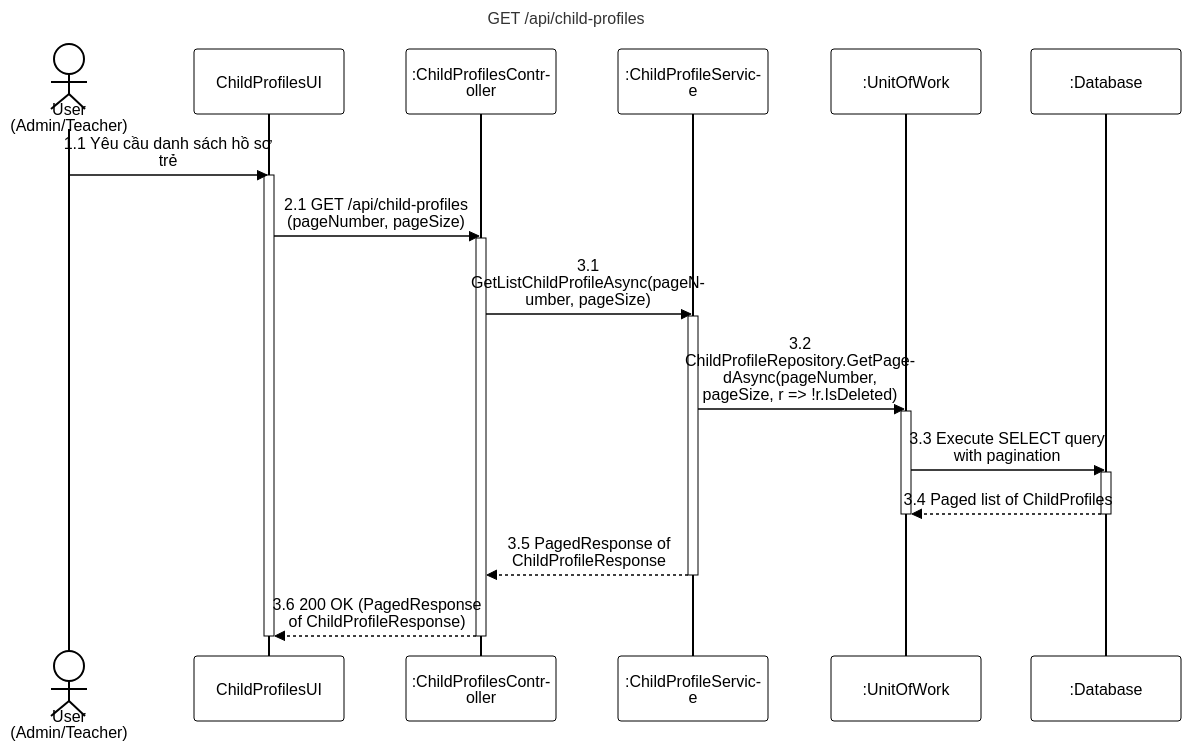
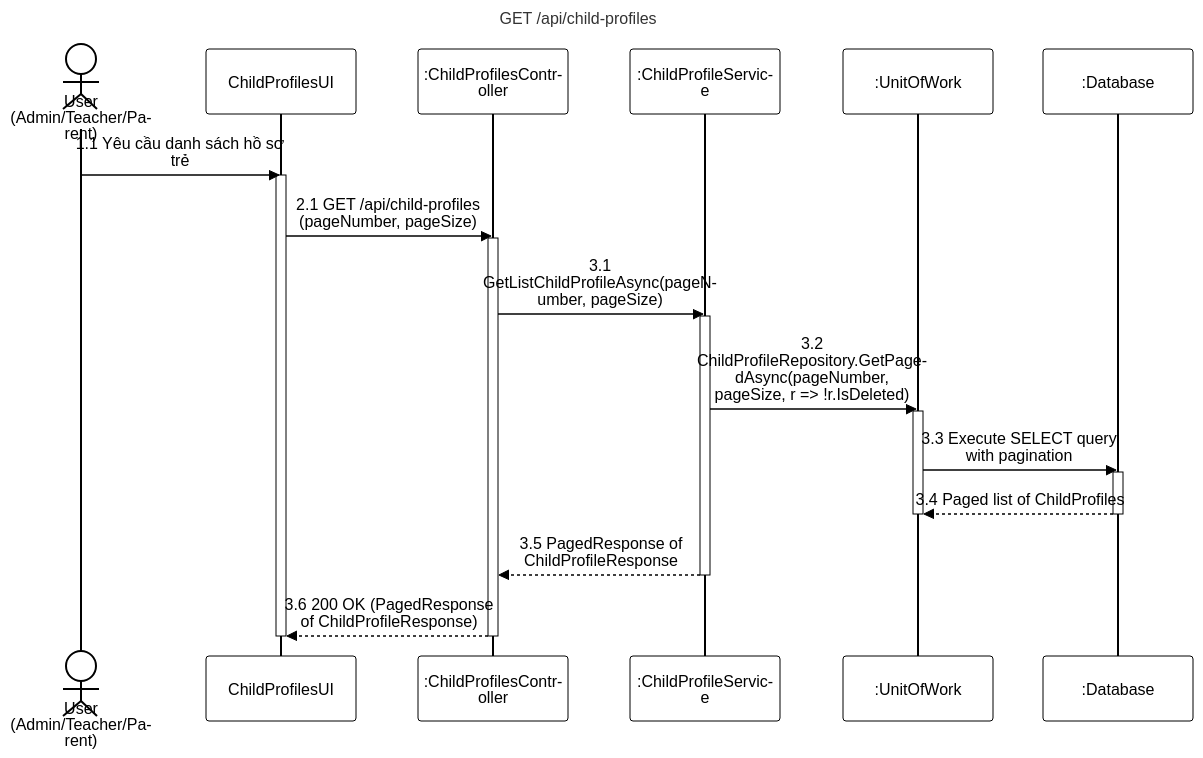
The diagram in 06-child-profile-enrollment/sequence-diagram/apis/get-list-child-profiles.mmd (PhucAnDev/docx-diagram), drawn with Mermaid before and after one commit. The commit also changed 3 other files, not shown here.

```diff
--- a/06-child-profile-enrollment/sequence-diagram/apis/get-list-child-profiles.mmd
+++ b/06-child-profile-enrollment/sequence-diagram/apis/get-list-child-profiles.mmd
@@ -1,31 +1,31 @@
 %%{init: {'theme':'base', 'themeVariables': {'actorBkg':'#ffffff','actorBorder':'#000000','actorTextColor':'#000000','actorLineColor':'#000000','signalColor':'#000000','signalTextColor':'#000000','labelBoxBkgColor':'#ffffff','labelBoxBorderColor':'#000000','labelTextColor':'#000000','loopTextColor':'#000000','noteBkgColor':'#ffffff','noteBorderColor':'#000000','noteTextColor':'#000000','activationBorderColor':'#000000','activationBkgColor':'#ffffff','sequenceNumberColor':'#000000'}, 'sequence': {'width':150,'height':65,'actorFontSize':16,'messageFontSize':16,'wrap':true,'wrapPadding':10}}}%%
 sequenceDiagram
     title GET /api/child-profiles
-    actor User as User (Admin/Teacher)
+    actor User as User (Admin/Teacher/Parent)
     participant UI as ChildProfilesUI
     participant Endpoint as :ChildProfilesController
     participant Service as :ChildProfileService
     participant DB as :UnitOfWork
     participant Database as :Database
 
     User->>UI: 1.1 Yêu cầu danh sách hồ sơ trẻ
     activate UI
     UI->>Endpoint: 2.1 GET /api/child-profiles (pageNumber, pageSize)
     activate Endpoint
 
     Endpoint->>Service: 3.1 GetListChildProfileAsync(pageNumber, pageSize)
     activate Service
 
     Service->>DB: 3.2 ChildProfileRepository.GetPagedAsync(pageNumber, pageSize, r => !r.IsDeleted)
     activate DB
     DB->>Database: 3.3 Execute SELECT query with pagination
     activate Database
     Database-->>DB: 3.4 Paged list of ChildProfiles
     deactivate Database
     deactivate DB
 
     Service-->>Endpoint: 3.5 PagedResponse of ChildProfileResponse
     deactivate Service
     Endpoint-->>UI: 3.6 200 OK (PagedResponse of ChildProfileResponse)
     deactivate Endpoint
     deactivate UI
```
